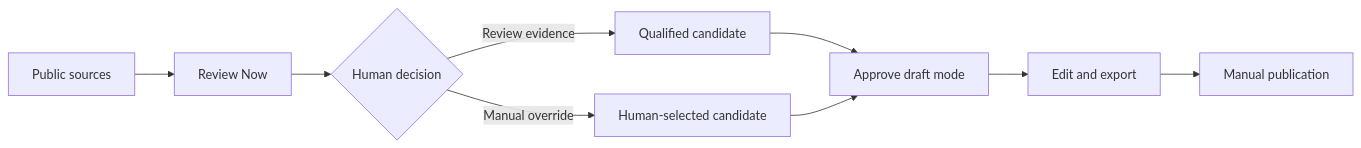
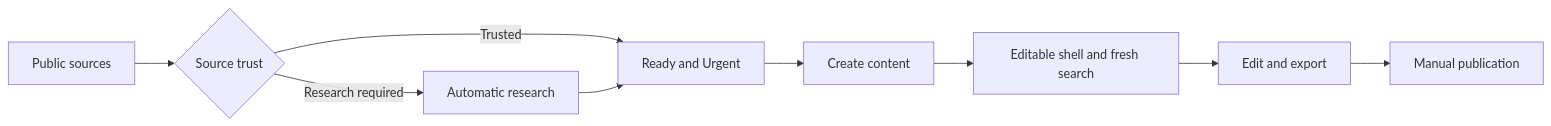
One commit to SyedShad/news-wire changed the diagram in README.md. Above: the diagram before and after it, drawn with Mermaid. The commit also changed other lines of this file and 160 other files, not shown here.

````diff
--- a/README.md
+++ b/README.md
@@ -20,11 +26,11 @@
 ```mermaid
 flowchart LR
-    A[Public sources] --> B[Review Now]
-    B --> C{Human decision}
-    C -->|Review evidence| D[Qualified candidate]
-    C -->|Manual override| E[Human-selected candidate]
-    D --> F[Approve draft mode]
-    E --> F
-    F --> G[Edit and export]
-    G --> H[Manual publication]
+    A["Public sources"] --> B{"Source trust"}
+    B -->|Trusted| C["Ready and Urgent"]
+    B -->|Research required| D["Automatic research"]
+    D --> C
+    C --> E["Create content"]
+    E --> F["Editable shell and fresh search"]
+    F --> G["Edit and export"]
+    G --> H["Manual publication"]
 ```
````
